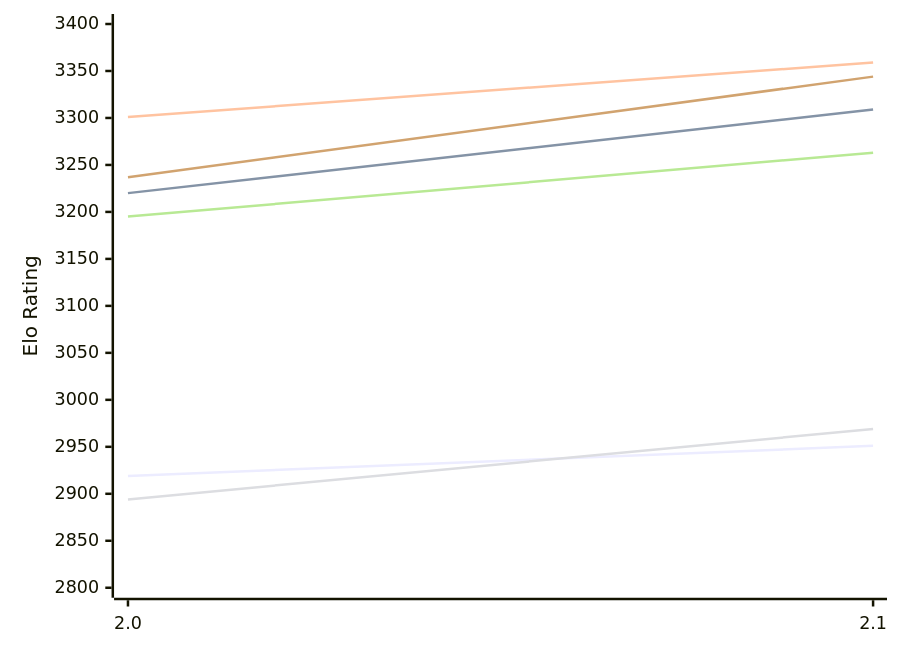
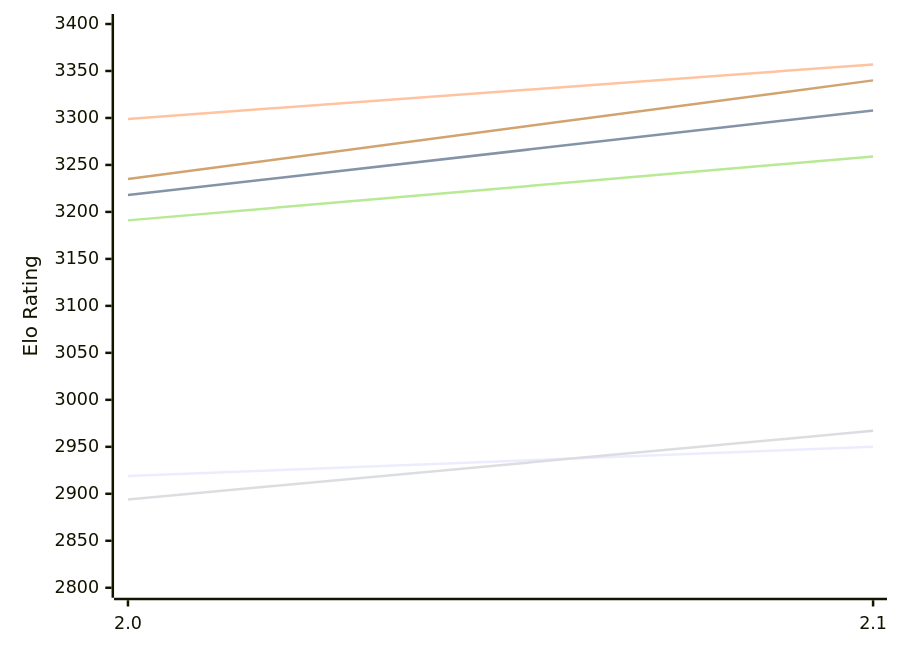
The first of 2 diagrams in engines/Onslaught.md (computer-chess-index/cci), drawn with Mermaid before and after one commit. The commit also changed other lines of this file, not shown here.

Commit message:
Update CCI Ratings (ELO VLTC) - 2026-11-19

````diff
--- a/engines/Onslaught.md
+++ b/engines/Onslaught.md
@@ -50,12 +50,12 @@
 ```mermaid
 %%{init: {"theme":"base","themeVariables":{"seriesColors:['#a3a3a3','#222221','#faa371']}}}%%
 xychart-beta
   x-axis ["2.0", "2.1"]
   y-axis "Elo Rating" 2800 --> 3400
-  line "E1: STC (8.0+0.08s)" [2919, 2951]
-  line "E1: LTC (60.0+0.60s)" [3220, 3309]
-  line "E1: VLTC (2m24s+1.12s)" [3301, 3359]
-  line "P1: STC (8.0+0.08s)" [2894, 2969]
-  line "P1: LTC (60.0+0.60s)" [3195, 3263]
-  line "P1: VLTC (2m24s+1.12s)" [3237, 3344]
+  line "E1: STC (8.0+0.08s)" [2919, 2950]
+  line "E1: LTC (60.0+0.60s)" [3218, 3308]
+  line "E1: VLTC (2m24s+1.12s)" [3299, 3357]
+  line "P1: STC (8.0+0.08s)" [2894, 2967]
+  line "P1: LTC (60.0+0.60s)" [3191, 3259]
+  line "P1: VLTC (2m24s+1.12s)" [3235, 3340]
 ```
````
